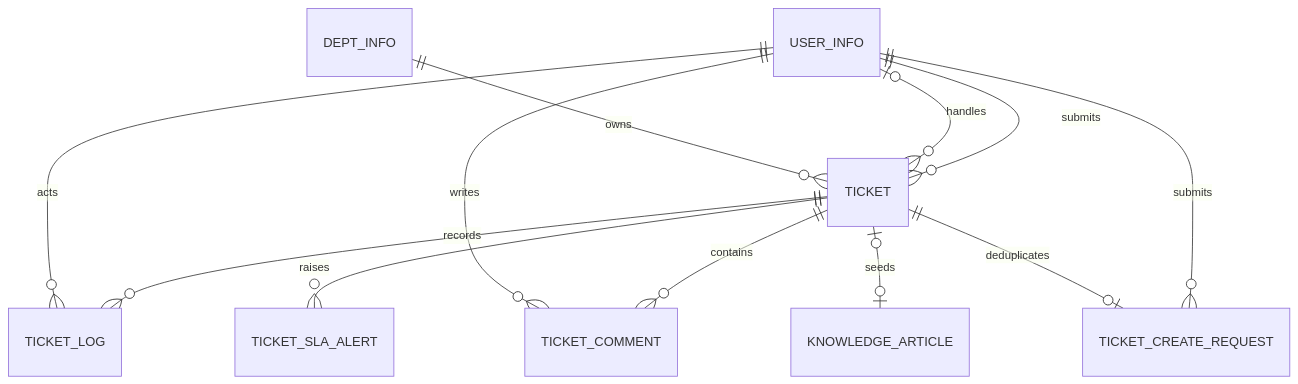
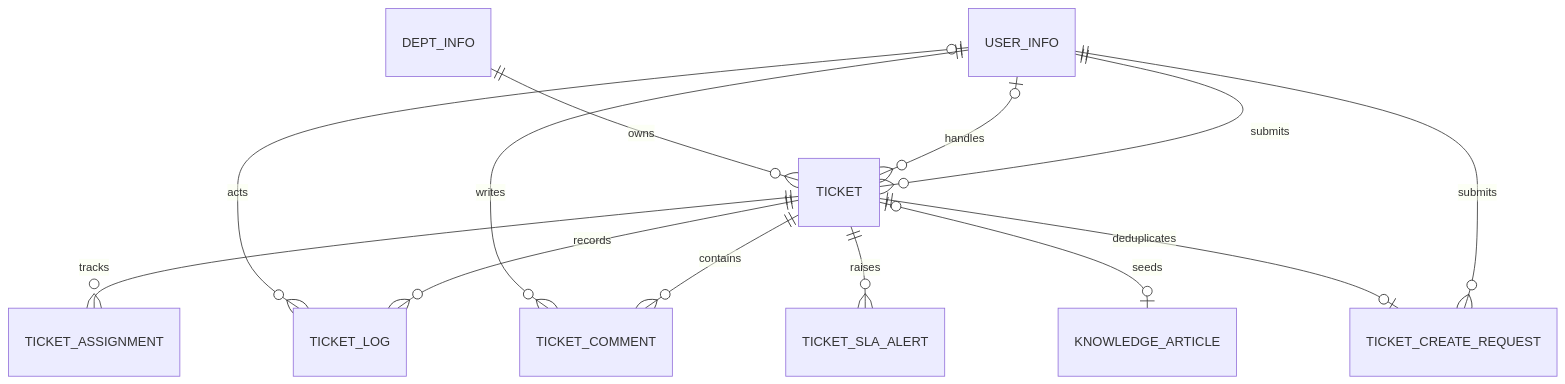
Before and after one commit to lkuliuying/ticketflow-ai: the first of 2 diagrams in backend-drf/docs/plans/ticketflow-phase-1.md, drawn with Mermaid. The commit also changed other lines of this file and 45 other files, not shown here.

````diff
--- a/backend-drf/docs/plans/ticketflow-phase-1.md
+++ b/backend-drf/docs/plans/ticketflow-phase-1.md
@@ -22,14 +22,15 @@
 ```mermaid
 erDiagram
     USER_INFO ||--o{ TICKET : submits
     USER_INFO o|--o{ TICKET : handles
     DEPT_INFO ||--o{ TICKET : owns
     TICKET ||--o{ TICKET_LOG : records
     TICKET ||--o{ TICKET_COMMENT : contains
-    USER_INFO ||--o{ TICKET_LOG : acts
+    TICKET ||--o{ TICKET_ASSIGNMENT : tracks
+    USER_INFO o|--o{ TICKET_LOG : acts
     USER_INFO ||--o{ TICKET_COMMENT : writes
     USER_INFO ||--o{ TICKET_CREATE_REQUEST : submits
     TICKET ||--o| TICKET_CREATE_REQUEST : deduplicates
     TICKET ||--o{ TICKET_SLA_ALERT : raises
     TICKET o|--o| KNOWLEDGE_ARTICLE : seeds
 ```
````
